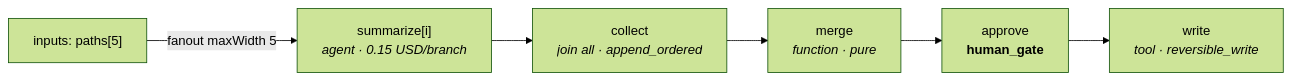
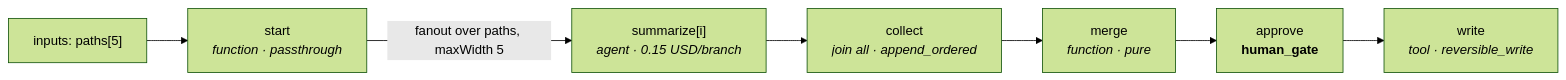
Before and after one commit to caohaotiantian/EAgent: the diagram in design/loom/08-PLAN.md, drawn with Mermaid (forest theme). The commit also changed other lines of this file and 14 other files, not shown here.

````diff
--- a/design/loom/08-PLAN.md
+++ b/design/loom/08-PLAN.md
@@ -86,8 +108,9 @@
 ```mermaid
 graph LR
-  IN["inputs: paths[5]"] -->|"fanout maxWidth 5"| S["summarize[i]<br/><i>agent · 0.15 USD/branch</i>"]
+  IN["inputs: paths[5]"] --> ST["start<br/><i>function · passthrough</i>"]
+  ST -->|"fanout over paths, maxWidth 5"| S["summarize[i]<br/><i>agent · 0.15 USD/branch</i>"]
   S --> J["collect<br/><i>join all · append_ordered</i>"]
   J --> M["merge<br/><i>function · pure</i>"]
   M --> G["approve<br/><b>human_gate</b>"]
   G --> W["write<br/><i>tool · reversible_write</i>"]
 ```
````
